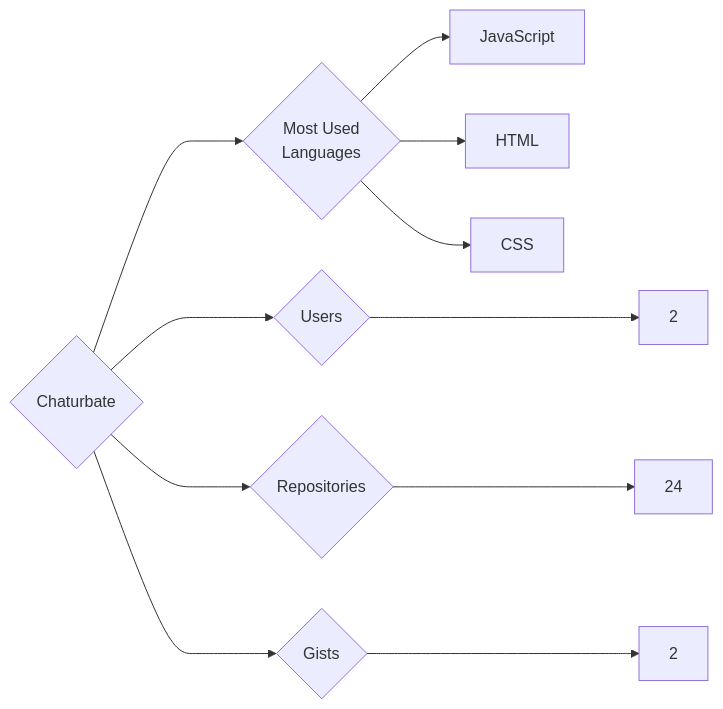
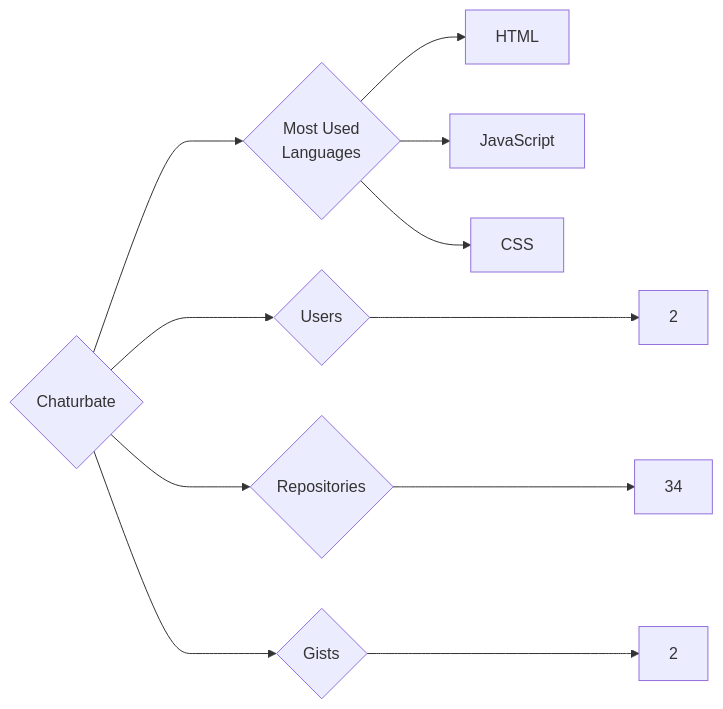
Before and after one commit to trickest/insiders: the diagram in targets/Chaturbate/README.md, drawn with Mermaid. The commit also changed 682 other files, not shown here.

````diff
--- a/targets/Chaturbate/README.md
+++ b/targets/Chaturbate/README.md
@@ -3,11 +3,11 @@
 ```mermaid
 graph LR
 COMPANY_NAME{Chaturbate}
 COMPANY_NAME ---> U{Users} ---> UN[2]
-COMPANY_NAME ---> R{Repositories} ---> RN[24]
+COMPANY_NAME ---> R{Repositories} ---> RN[34]
 COMPANY_NAME ---> G{Gists} ---> GN[2]
 COMPANY_NAME ---> ML{Most Used<br>Languages}
+ML --> HTML[HTML]
 ML --> JavaScript[JavaScript]
-ML --> HTML[HTML]
 ML --> CSS[CSS]
 ```
````
